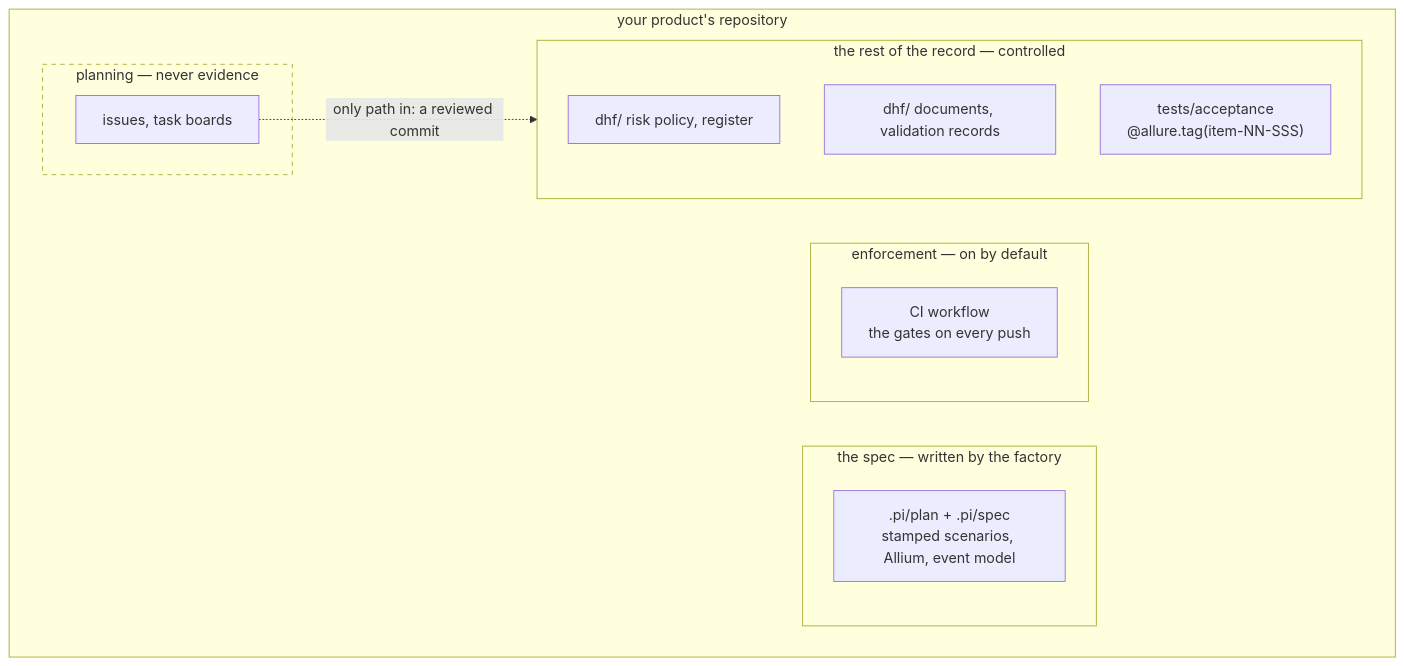
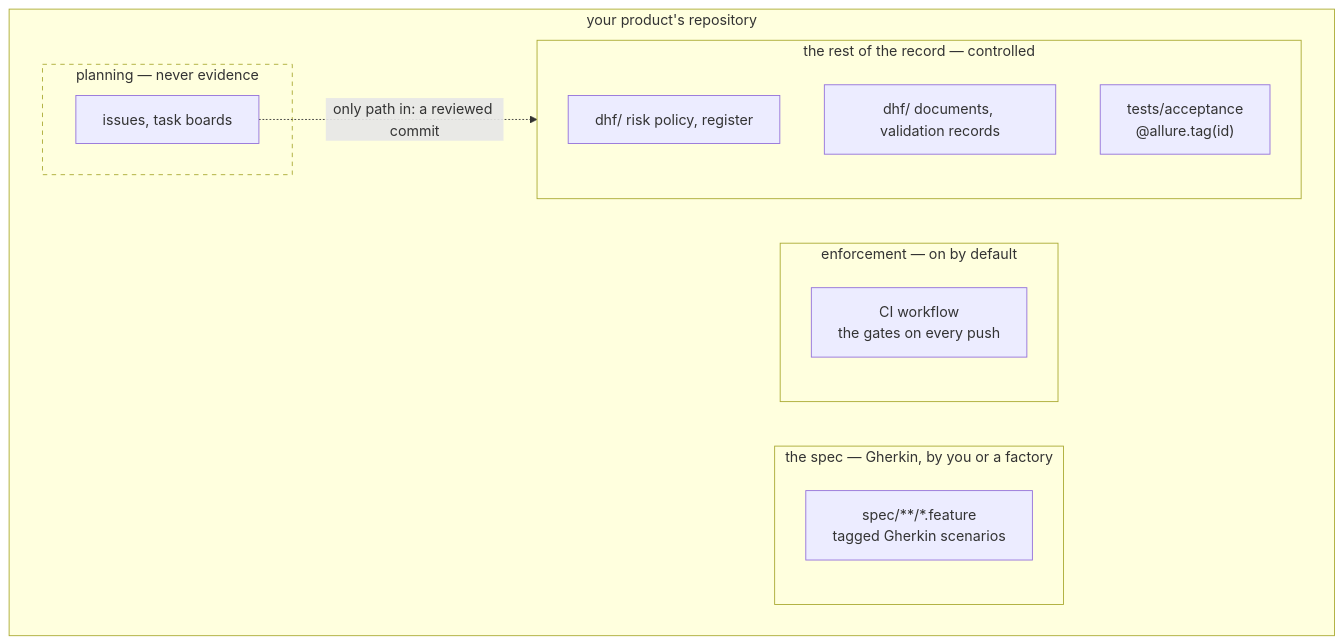
The second of 2 diagrams in docs/about/how-rdm-works.md (scope-impact/rdm), drawn with Mermaid before and after one commit. The commit also changed other lines of this file and 60 other files, not shown here.

First line of the commit message:
WIP: Gherkin and Allure as the contract; Löyly's layout an adapter

````diff
--- a/docs/about/how-rdm-works.md
+++ b/docs/about/how-rdm-works.md
@@ -96,21 +95,21 @@
 ```mermaid
 flowchart TD
     subgraph repo["your product's repository"]
-        subgraph spec["the spec — written by the factory"]
-            PLAN[".pi/plan + .pi/spec<br>stamped scenarios, Allium, event model"]
+        subgraph spec["the spec — Gherkin, by you or a factory"]
+            PLAN["spec/**/*.feature<br>tagged Gherkin scenarios"]
         end
         subgraph record["the rest of the record — controlled"]
             RISKS["dhf/ risk policy, register"]
             DOCS["dhf/ documents, validation records"]
-            TESTS["tests/acceptance<br>@allure.tag(item-NN-SSS)"]
+            TESTS["tests/acceptance<br>@allure.tag(id)"]
         end
         subgraph enforce["enforcement — on by default"]
             CI["CI workflow<br>the gates on every push"]
         end
         subgraph plan["planning — never evidence"]
             PM["issues, task boards"]
         end
     end
     PM -. "only path in: a reviewed commit" .-> record
     style plan stroke-dasharray: 5 5
 ```
````
